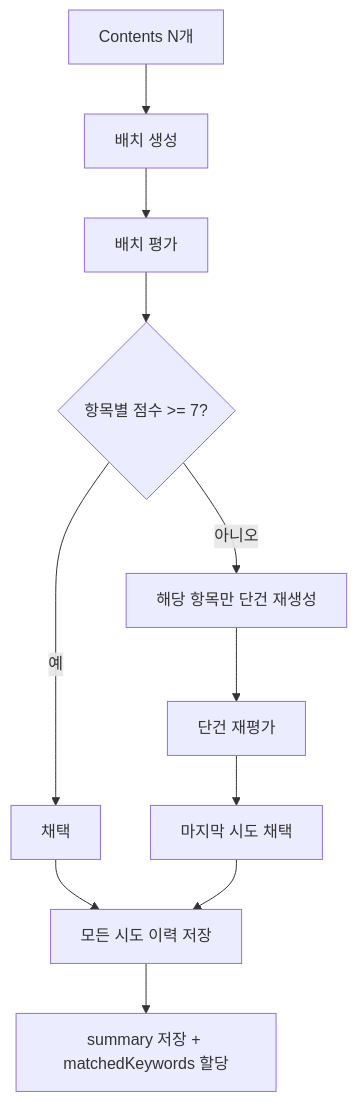
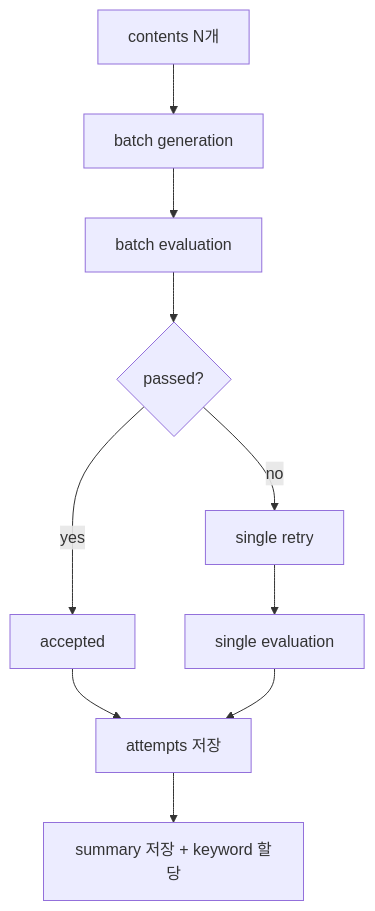
The third of 3 diagrams in docs/human-like-content-analysis-pipeline.md (fairy-band/quick-news-be), drawn with Mermaid before and after one commit. The commit also changed other lines of this file, not shown here.

````diff
--- a/docs/human-like-content-analysis-pipeline.md
+++ b/docs/human-like-content-analysis-pipeline.md
@@ -186,13 +109,12 @@
 ```mermaid
 flowchart TD
-    A["Contents N개"] --> B["배치 생성"]
-    B --> C["배치 평가"]
-    C --> D{"항목별 점수 >= 7?"}
-    D -->|예| E["채택"]
-    D -->|아니오| F["해당 항목만 단건 재생성"]
-    F --> G["단건 재평가"]
-    G --> H["마지막 시도 채택"]
-    E --> I["모든 시도 이력 저장"]
-    H --> I
-    I --> J["summary 저장 + matchedKeywords 할당"]
+    A["contents N개"] --> B["batch generation"]
+    B --> C["batch evaluation"]
+    C --> D{"passed?"}
+    D -->|yes| E["accepted"]
+    D -->|no| F["single retry"]
+    F --> G["single evaluation"]
+    E --> H["attempts 저장"]
+    G --> H
+    H --> I["summary 저장 + keyword 할당"]
 ```
````
